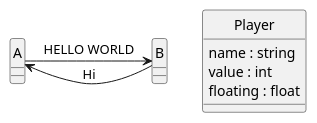
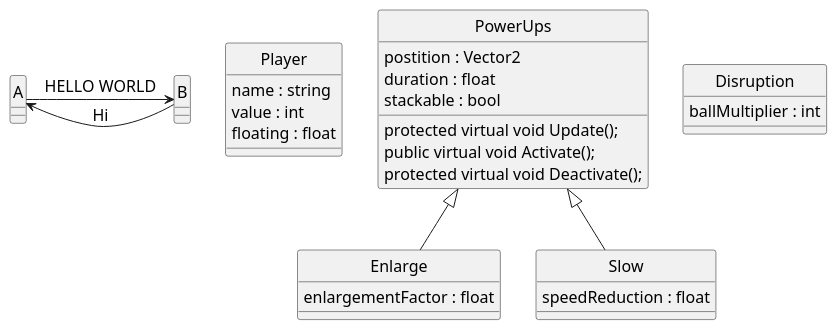
One commit to RitchiDev/GROUP-Domain-Decomposition-Git changed the diagram in Breakout.plantuml. Above: the diagram before and after it, drawn with PlantUML.

Commit message:
Powerup UML

```diff
--- a/Breakout.plantuml
+++ b/Breakout.plantuml
@@ -1,13 +1,41 @@
 @startuml Breakout
 skinparam style strictuml
 skinparam SequenceMessageAlignment center
+skinparam DefaultFontName Arial
+skinparam DefaultFontSize 16
+skinparam DefaultFontStyle bold
 
 A -> B : HELLO WORLD
 A <- B : Hi
 
 class "Player" as Player{
     name : string
     value : int
     floating : float
 }
+
+Powerups <|-- Enlarge
+Powerups <|-- Slow
+class "PowerUps" as Powerups{
+    postition : Vector2
+    duration : float
+    stackable : bool
+    
+    protected virtual void Update();
+    public virtual void Activate();
+    protected virtual void Deactivate();
+}
+
+class "Enlarge" as Enlarge{
+    enlargementFactor : float
+}
+
+class "Slow" as Slow {
+    speedReduction : float
+}
+
+class "Disruption" as Disruption{
+    ballMultiplier : int
+}
+
 @enduml
```
